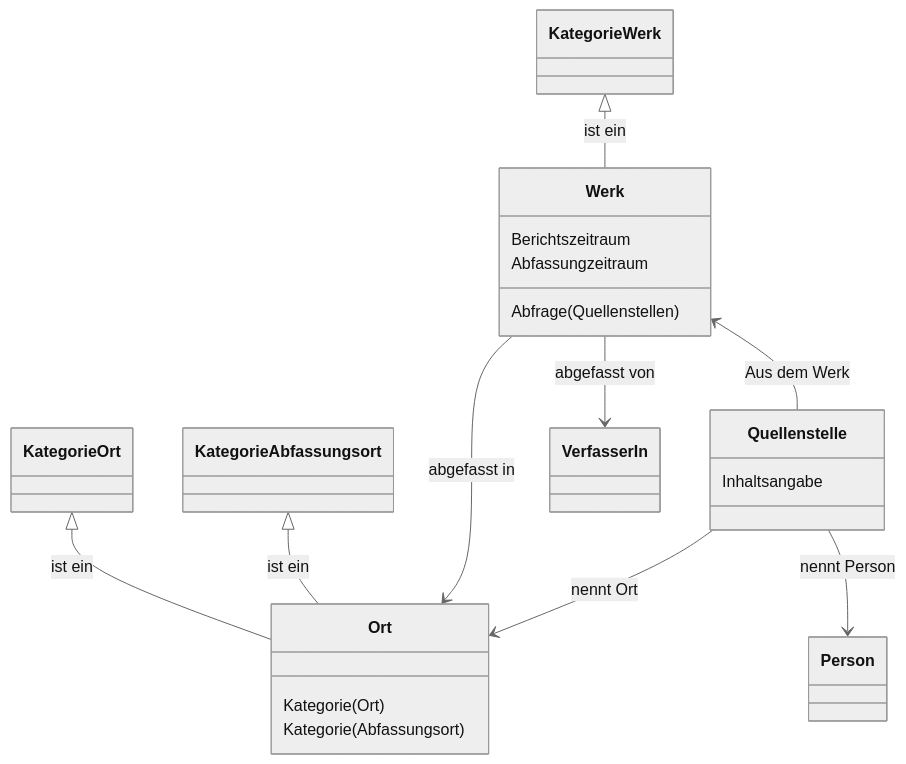
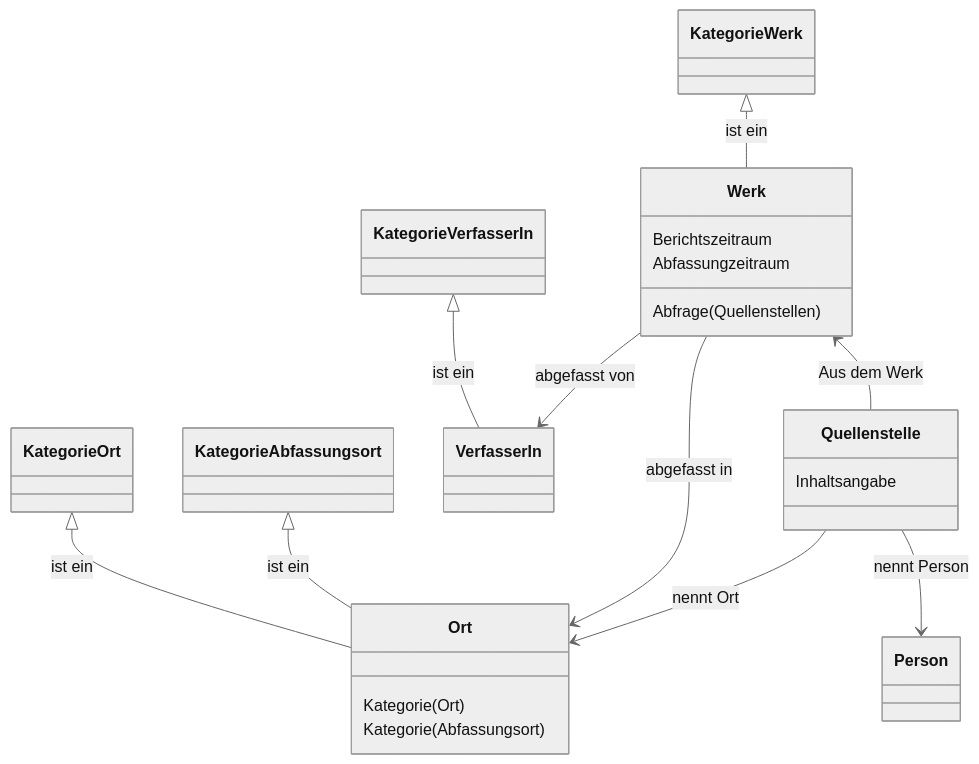
One commit to cceh/sarazenen-wiki changed the diagram in datenmodell/Readme.MD. Above: the diagram before and after it, drawn with Mermaid (neutral theme).

````diff
--- a/datenmodell/Readme.MD
+++ b/datenmodell/Readme.MD
@@ -1,37 +1,40 @@
 ```mermaid
 
 classDiagram
 
     class KategorieWerk
     KategorieWerk <|-- Werk : ist ein 
     
     class KategorieOrt
     KategorieOrt <|-- Ort : ist ein 
     
     class KategorieAbfassungsort
     KategorieAbfassungsort <|-- Ort : ist ein 
+    
+    class KategorieVerfasserIn
+    KategorieVerfasserIn <|-- VerfasserIn : ist ein 
 
     class Werk
     Werk: Berichtszeitraum 
     Werk: Abfassungzeitraum
     Werk <-- Quellenstelle : Aus dem Werk
     Werk --> VerfasserIn : abgefasst von
     Werk --> Ort : abgefasst in
     Werk: Abfrage(Quellenstellen)
     
     class VerfasserIn
 
     class Quellenstelle
     Quellenstelle: Inhaltsangabe
     Quellenstelle --> Person : nennt Person
     Quellenstelle --> Ort : nennt Ort  
 
     class Person
 
     class Ort
     Ort: Kategorie(Ort)
     Ort: Kategorie(Abfassungsort)
     
 end
 
 ```
````
